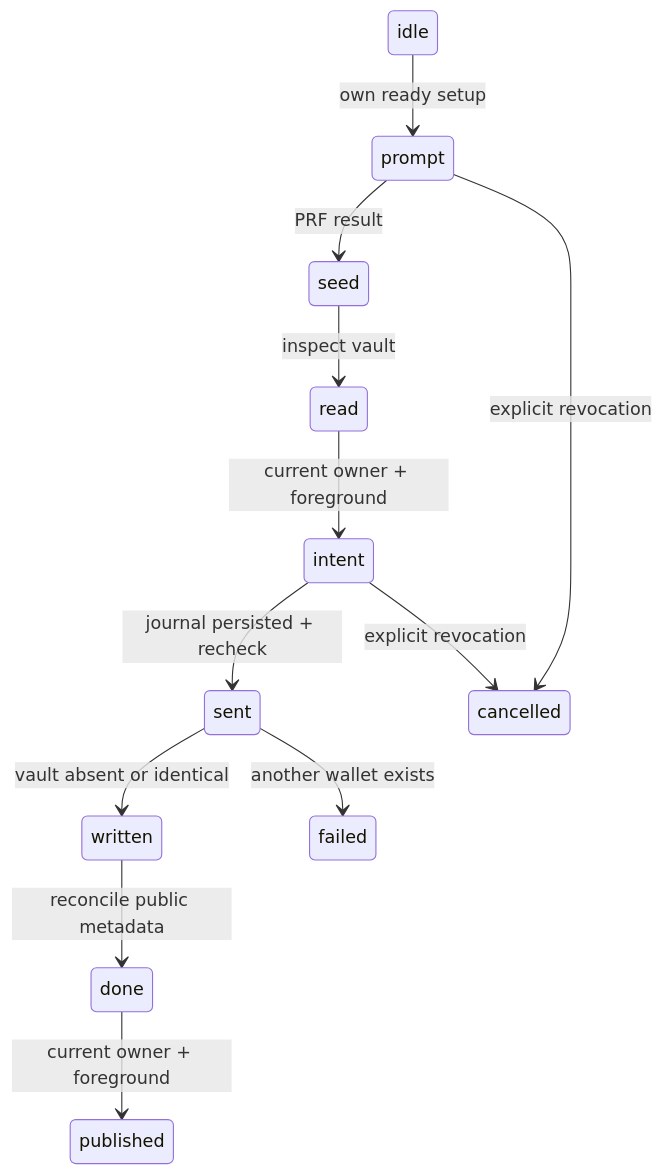
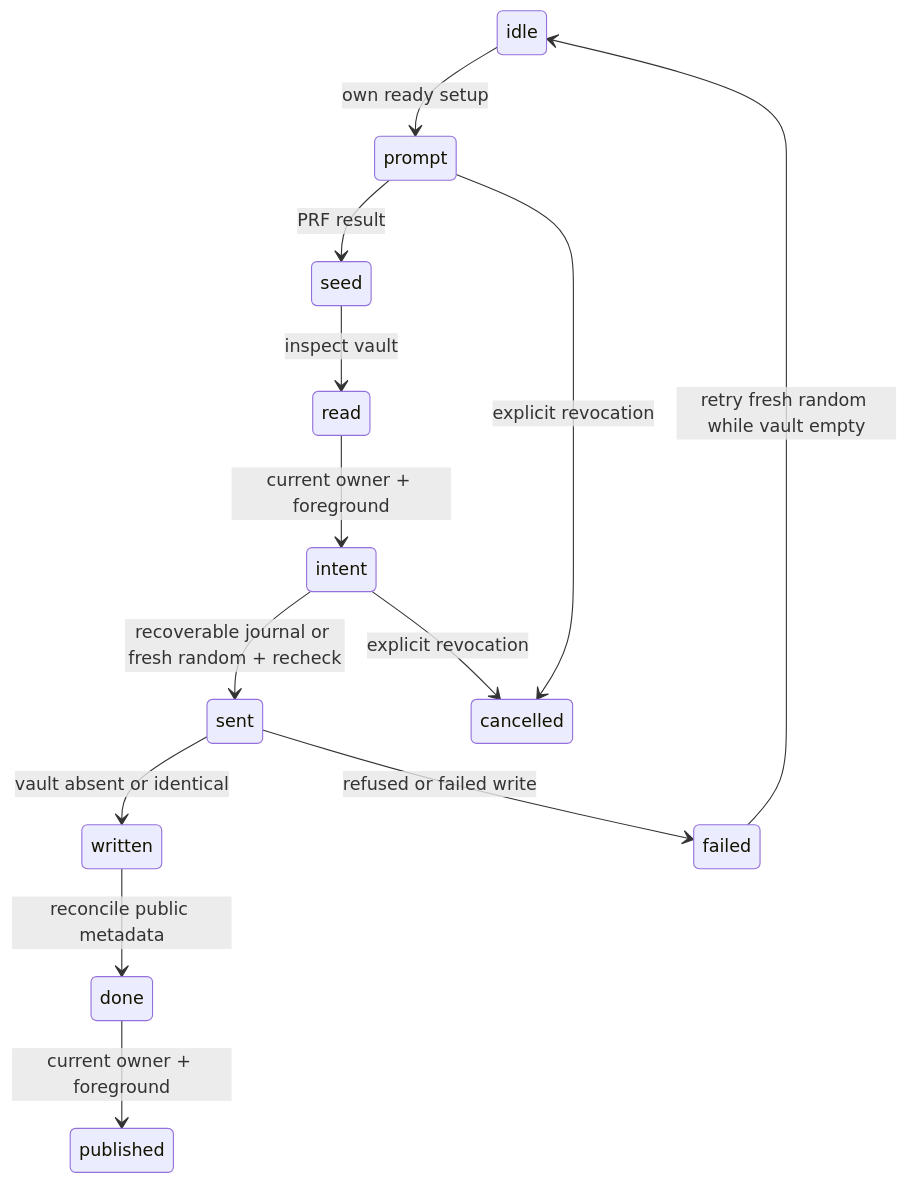
One commit to arkade-os/shielded changed diagram 19 of 19 in spec/tla/README.md. Above: the diagram before and after it, drawn with Mermaid. The commit also changed other lines of this file and 20 other files, not shown here.

````diff
--- a/spec/tla/README.md
+++ b/spec/tla/README.md
@@ -847,14 +847,15 @@
 ```mermaid
 stateDiagram-v2
     idle --> prompt: own ready setup
     prompt --> seed: PRF result
     seed --> read: inspect vault
     read --> intent: current owner + foreground
-    intent --> sent: journal persisted + recheck
+    intent --> sent: recoverable journal or fresh random + recheck
     sent --> written: vault absent or identical
-    sent --> failed: another wallet exists
+    sent --> failed: refused or failed write
+    failed --> idle: retry fresh random while vault empty
     written --> done: reconcile public metadata
     done --> published: current owner + foreground
     prompt --> cancelled: explicit revocation
     intent --> cancelled: explicit revocation
 ```
````
